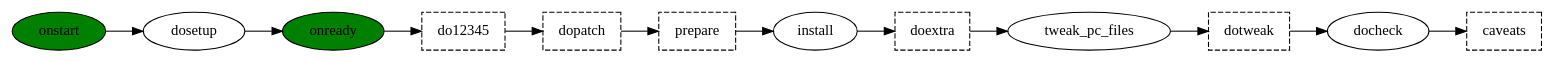
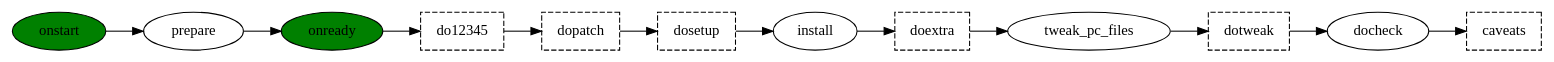
One commit to leleliu008/ppkg changed the diagram in phases.dot. Above: the diagram before and after it, drawn with Graphviz. The commit also changed 3 other files, not shown here.

```diff
--- a/phases.dot
+++ b/phases.dot
@@ -1,15 +1,15 @@
 digraph {
     rankdir="LR"
 
-    onstart -> dosetup -> onready -> do12345 -> dopatch -> prepare -> install -> doextra -> tweak_pc_files -> dotweak -> docheck -> caveats
+    onstart -> prepare -> onready -> do12345 -> dopatch -> dosetup -> install -> doextra -> tweak_pc_files -> dotweak -> docheck -> caveats
 
     onstart [fillcolor="green";style=filled]
     onready [fillcolor="green";style=filled]
 
     do12345 [shape="box"; style="dashed"];
     dopatch [shape="box"; style="dashed"];
-    prepare [shape="box"; style="dashed"];
+    dosetup [shape="box"; style="dashed"];
     doextra [shape="box"; style="dashed"];
     dotweak [shape="box"; style="dashed"];
     caveats [shape="box"; style="dashed"];
 }
```
